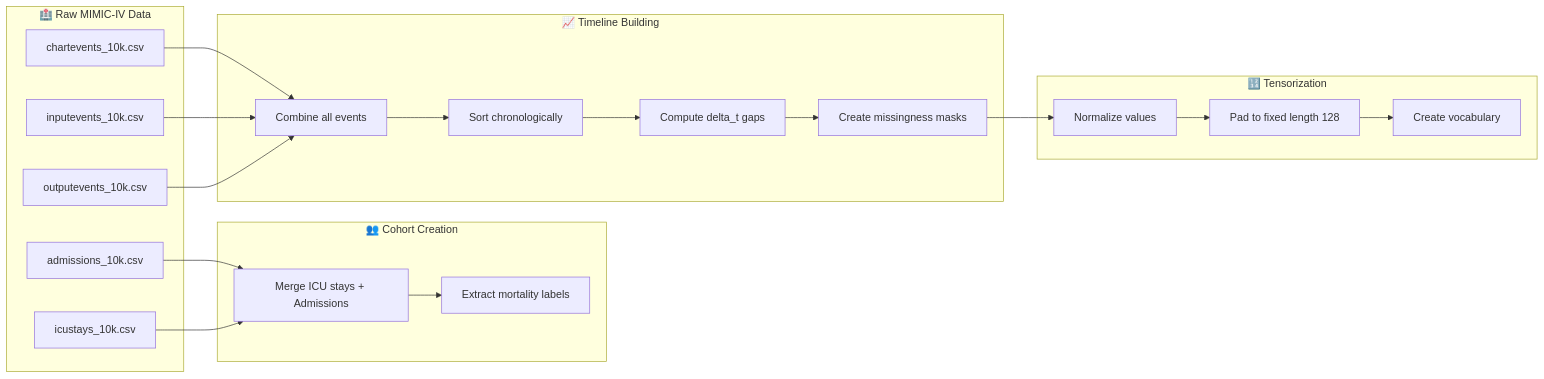
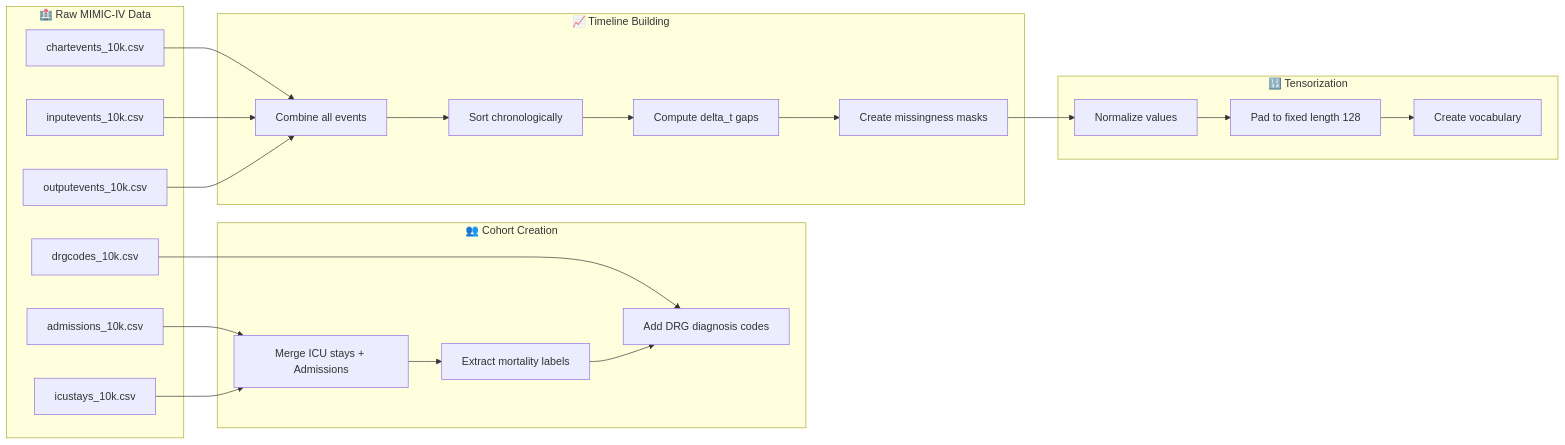
The first of 3 diagrams in README_Research_Logic.md (Kesavadatta2410/XAI_ICU), drawn with Mermaid before and after one commit. The commit also changed 3 other files, not shown here.

````diff
--- a/README_Research_Logic.md
+++ b/README_Research_Logic.md
@@ -27,37 +27,41 @@
 ```mermaid
 flowchart LR
     subgraph Raw["🏥 Raw MIMIC-IV Data"]
         A[admissions_10k.csv]
         B[icustays_10k.csv]
         C[chartevents_10k.csv]
         D[inputevents_10k.csv]
         E[outputevents_10k.csv]
+        F2[drgcodes_10k.csv]
     end
     
     subgraph Cohort["👥 Cohort Creation"]
         F[Merge ICU stays + Admissions]
         G[Extract mortality labels]
+        G2[Add DRG diagnosis codes]
     end
     
     subgraph Timeline["📈 Timeline Building"]
         H[Combine all events]
         I[Sort chronologically]
         J[Compute delta_t gaps]
         K[Create missingness masks]
     end
     
     subgraph Tensor["🔢 Tensorization"]
         L[Normalize values]
         M[Pad to fixed length 128]
         N[Create vocabulary]
     end
     
     A --> F
     B --> F
     F --> G
+    F2 --> G2
+    G --> G2
     C --> H
     D --> H
     E --> H
     H --> I --> J --> K
     K --> L --> M --> N
 ```
````
